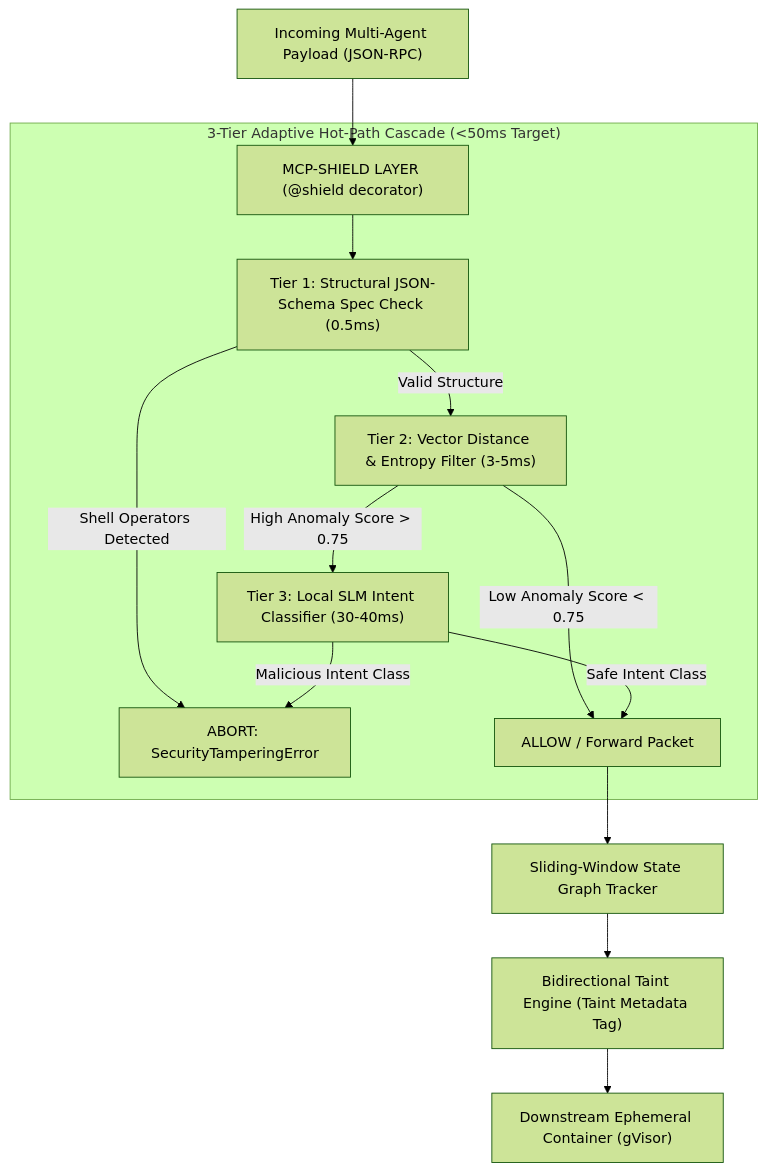
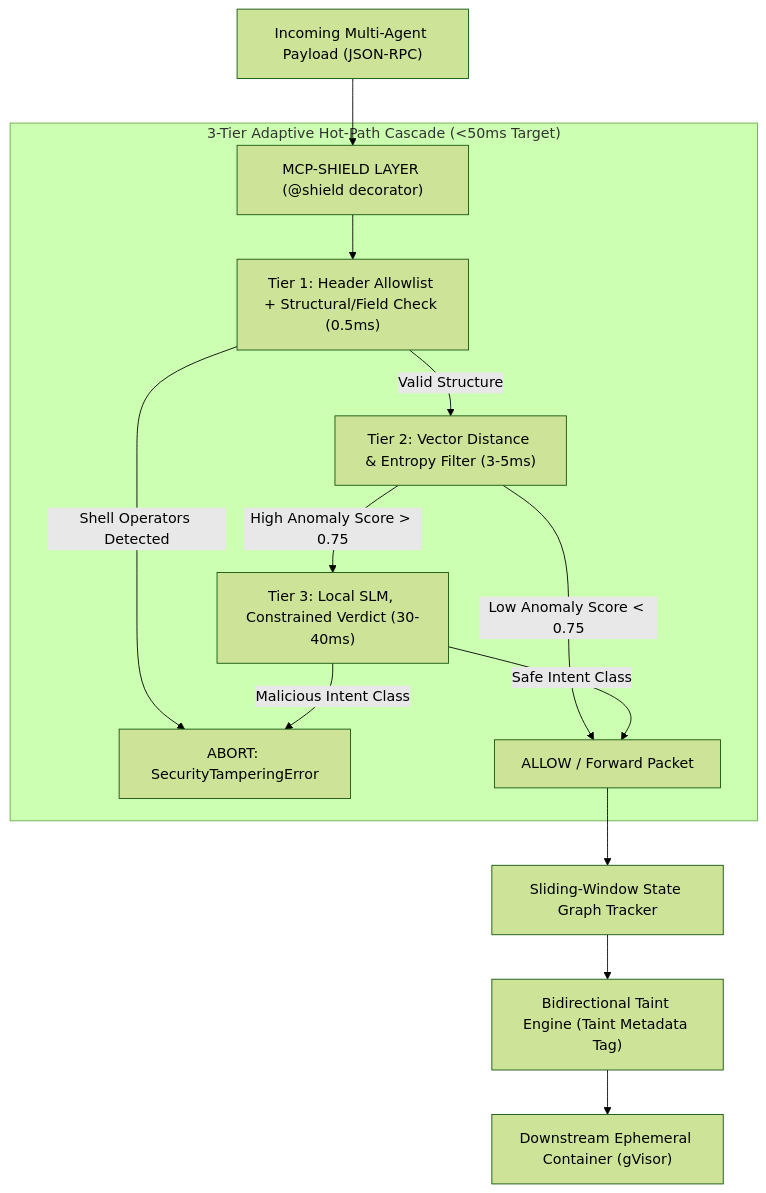
Before and after one commit to rishikeshvarma/MCP-Shield: the diagram in 06 - Fortified Solution & Defense Upgrades.md, drawn with Mermaid (forest theme). The commit also changed other lines of this file and 6 other files, not shown here.

````diff
--- a/06 - Fortified Solution & Defense Upgrades.md
+++ b/06 - Fortified Solution & Defense Upgrades.md
@@ -23,21 +23,21 @@
 ```mermaid
 graph TD
     Payload["Incoming Multi-Agent Payload (JSON-RPC)"] --> Decorator["MCP-SHIELD LAYER (@shield decorator)"]
     
     subgraph Cascade["3-Tier Adaptive Hot-Path Cascade (<50ms Target)"]
-        Decorator --> T1["Tier 1: Structural JSON-Schema Spec Check (0.5ms)"]
+        Decorator --> T1["Tier 1: Header Allowlist + Structural/Field Check (0.5ms)"]
         T1 -->|Valid Structure| T2["Tier 2: Vector Distance & Entropy Filter (3-5ms)"]
         T1 -->|Shell Operators Detected| Deny["ABORT: SecurityTamperingError"]
         
         T2 -->|"Low Anomaly Score < 0.75"| Pass["ALLOW / Forward Packet"]
-        T2 -->|"High Anomaly Score > 0.75"| T3["Tier 3: Local SLM Intent Classifier (30-40ms)"]
+        T2 -->|"High Anomaly Score > 0.75"| T3["Tier 3: Local SLM, Constrained Verdict (30-40ms)"]
 
         
         T3 -->|Malicious Intent Class| Deny
         T3 -->|Safe Intent Class| Pass
     end
     
     Pass --> StateTrack["Sliding-Window State Graph Tracker"]
     StateTrack --> Taint["Bidirectional Taint Engine (Taint Metadata Tag)"]
     Taint --> Execution["Downstream Ephemeral Container (gVisor)"]
 ```
````
